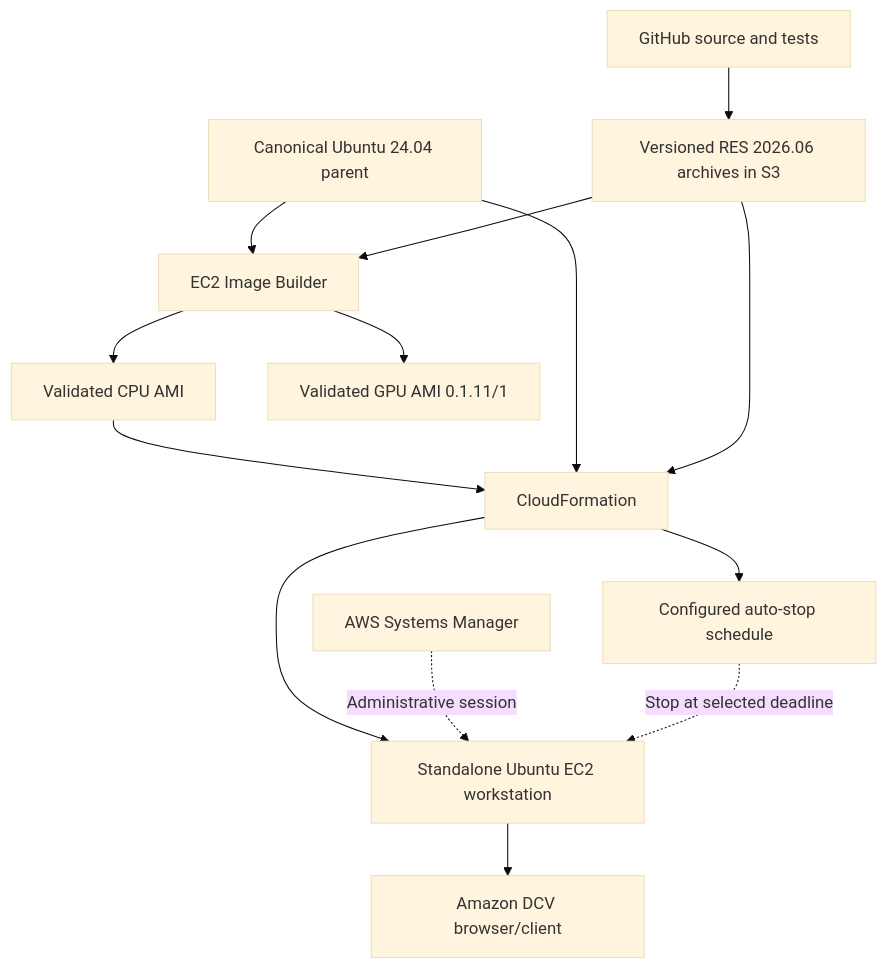
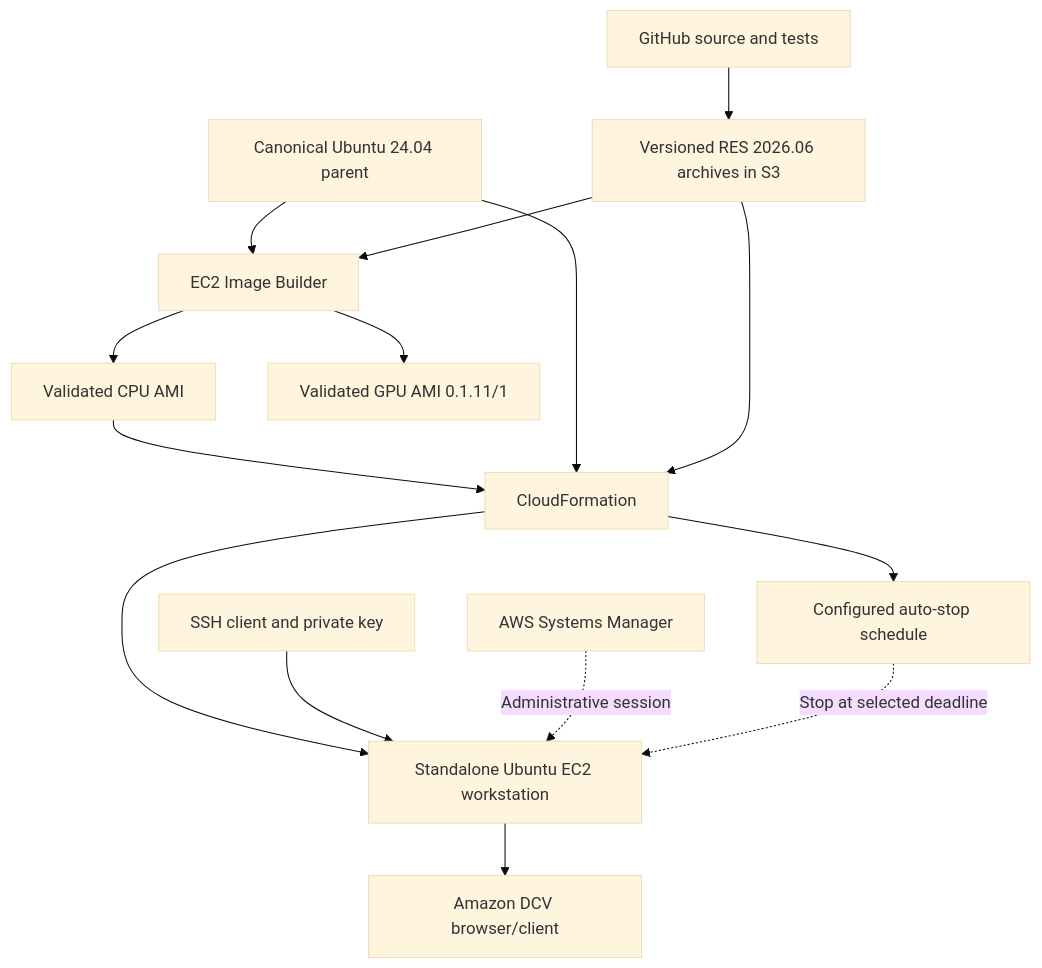
The diagram in docs/visual-architecture.md (vision-kwest/studio-workstation), drawn with Mermaid (base theme) before and after one commit. The commit also changed other lines of this file and 11 other files, not shown here.

Commit message:
Enable default key-authenticated SSH for future CPU and GPU desktops

````diff
--- a/docs/visual-architecture.md
+++ b/docs/visual-architecture.md
@@ -12,16 +12,17 @@
 ```mermaid
 flowchart TD
   Repo["GitHub source and tests"] --> Release["Versioned RES 2026.06 archives in S3"]
   Ubuntu["Canonical Ubuntu 24.04 parent"] --> Builder["EC2 Image Builder"]
   Release --> Builder
   Builder --> CPU["Validated CPU AMI"]
   Builder --> GPU["Validated GPU AMI 0.1.11/1"]
   CPU --> CFN["CloudFormation"]
   Ubuntu --> CFN
   Release --> CFN
   CFN --> EC2["Standalone Ubuntu EC2 workstation"]
   EC2 --> DCV["Amazon DCV browser/client"]
+  SSH["SSH client and private key"] --> EC2
   SSM["AWS Systems Manager"] -. "Administrative session" .-> EC2
   CFN --> Scheduler["Configured auto-stop schedule"]
   Scheduler -. "Stop at selected deadline" .-> EC2
 ```
````
